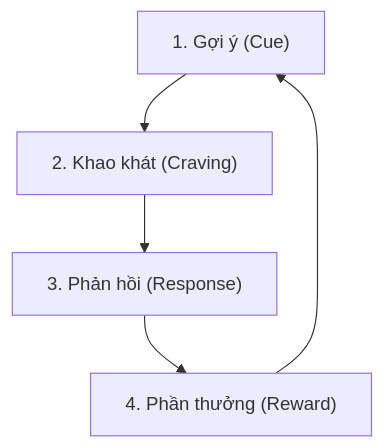
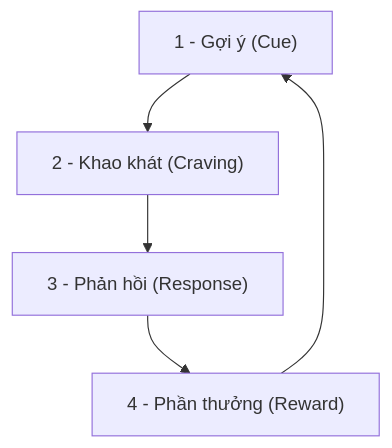
Before and after one commit to justinkaxau/mercury: the first of 2 diagrams in content/Kỷ luật và Thói quen - Thiết kế hành vi.md, drawn with Mermaid. The commit also changed 1 other file, not shown here.

Commit message:
fix(content): fix mermaid node list formatting for published notes

````diff
--- a/content/Kỷ luật và Thói quen - Thiết kế hành vi.md
+++ b/content/Kỷ luật và Thói quen - Thiết kế hành vi.md
@@ -47,7 +47,7 @@
 ```mermaid
 flowchart TD
-    A["1. Gợi ý (Cue)"] --> B["2. Khao khát (Craving)"]
-    B --> C["3. Phản hồi (Response)"]
-    C --> D["4. Phần thưởng (Reward)"]
+    A["1 - Gợi ý (Cue)"] --> B["2 - Khao khát (Craving)"]
+    B --> C["3 - Phản hồi (Response)"]
+    C --> D["4 - Phần thưởng (Reward)"]
     D --> A
 ```
````
